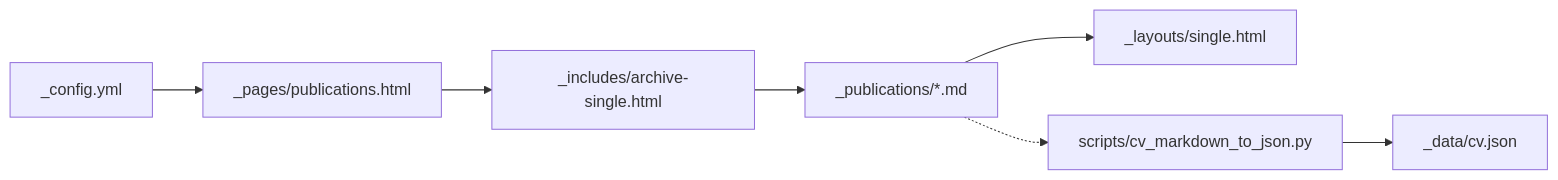
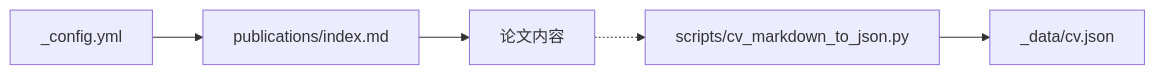
Before and after one commit to CoolPig0720/CoolPig0720.github.io: the seventh of 7 diagrams in .qoder/repowiki/zh/content/内容管理系统/学术论文管理.md, drawn with Mermaid. The commit also changed other lines of this file and 6 other files, not shown here.

````diff
--- a/.qoder/repowiki/zh/content/内容管理系统/学术论文管理.md
+++ b/.qoder/repowiki/zh/content/内容管理系统/学术论文管理.md
@@ -328,9 +283,7 @@
 ```mermaid
 graph LR
-CFG["_config.yml"] --> PUB["_pages/publications.html"]
-PUB --> INC["_includes/archive-single.html"]
-INC --> MD["_publications/*.md"]
-MD --> LYT["_layouts/single.html"]
+CFG["_config.yml"] --> PUB["publications/index.md"]
+PUB --> MD["论文内容"]
 GEN["scripts/cv_markdown_to_json.py"] --> CV["_data/cv.json"]
 MD -.-> GEN
 ```
````
